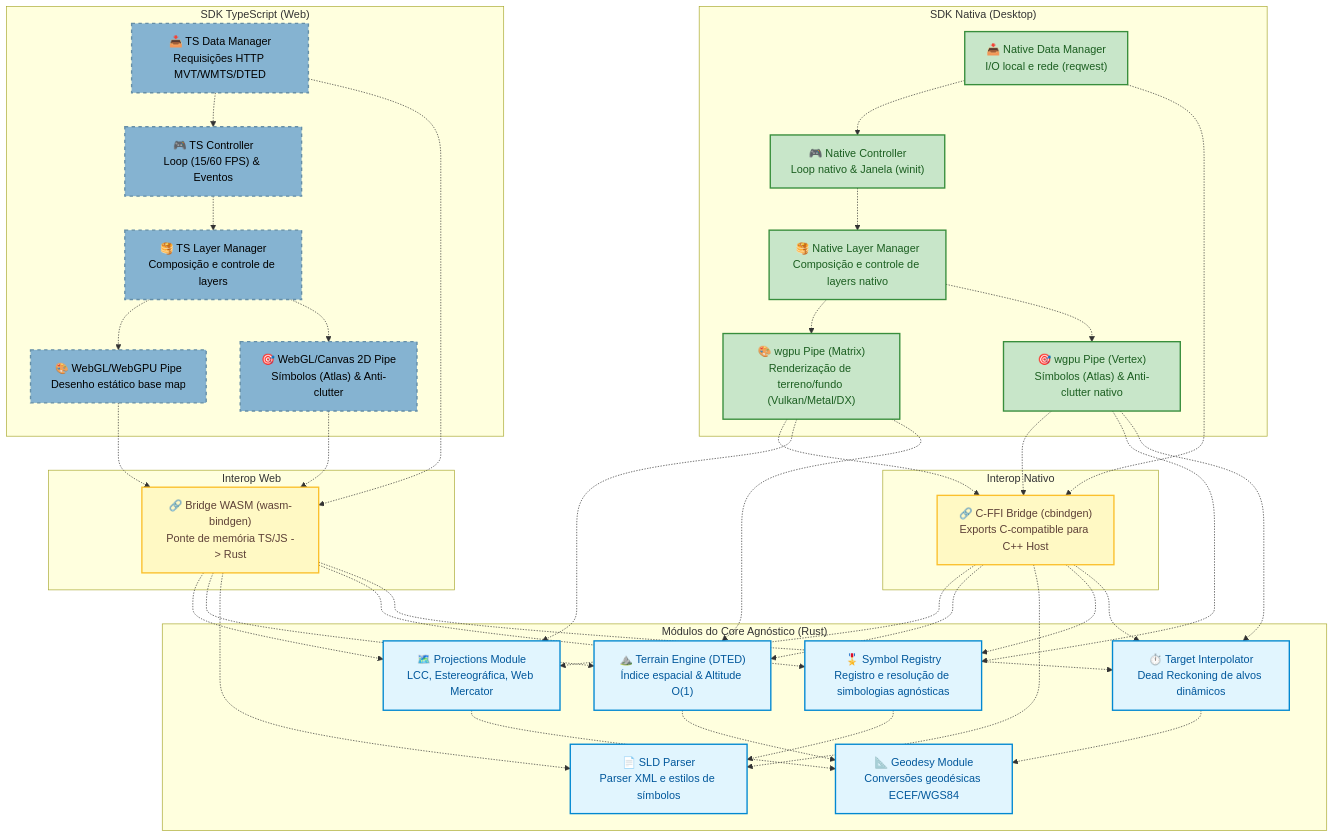
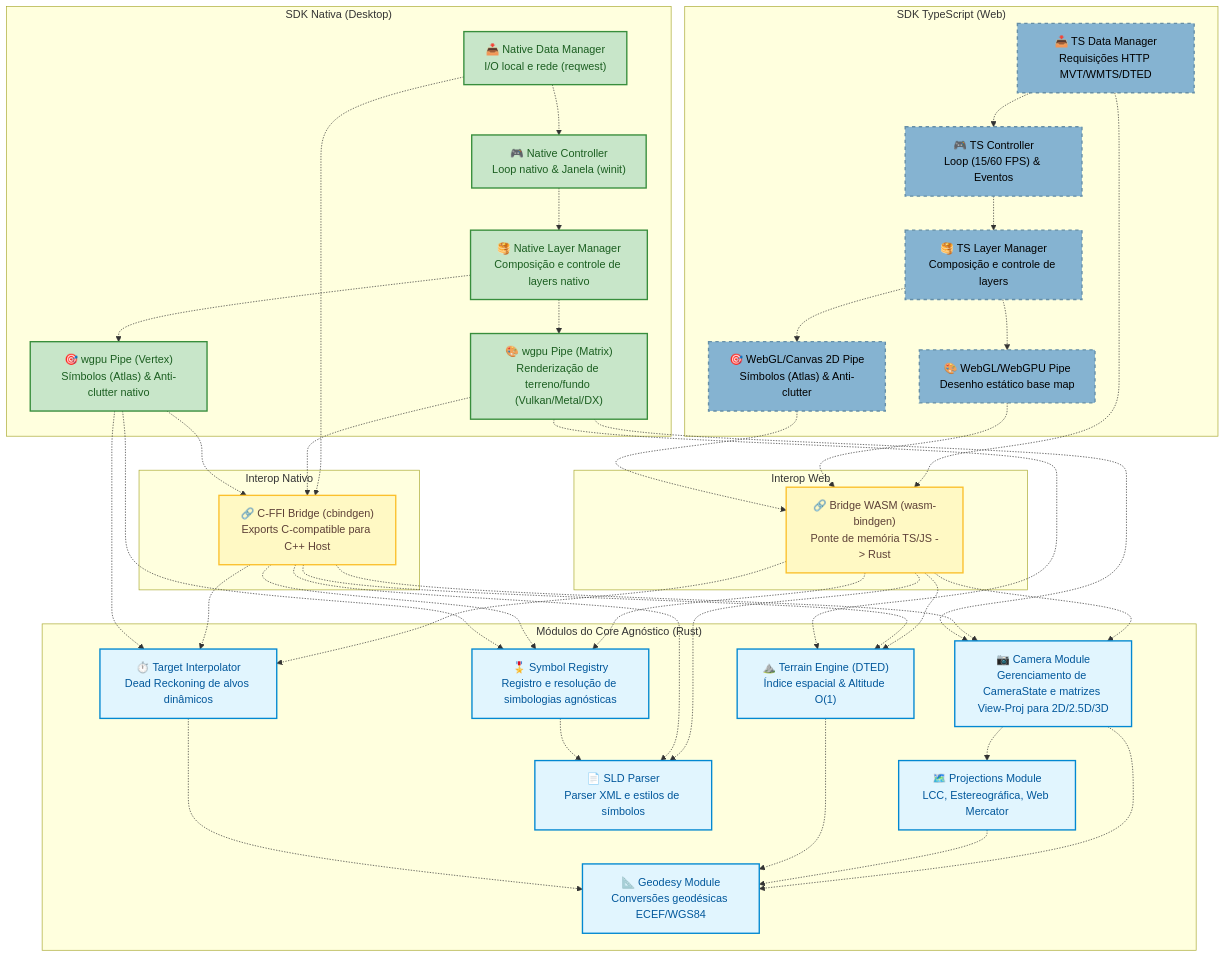
The third of 5 diagrams in docs/arch.md (rodoni/olayer), drawn with Mermaid before and after one commit. The commit also changed other lines of this file and 25 other files, not shown here.

Commit message:
Add core::camera and sdk::tl

````diff
--- a/docs/arch.md
+++ b/docs/arch.md
@@ -159,6 +159,7 @@
 
     subgraph Rust_Core_Comp ["Módulos do Core Agnóstico (Rust)"]
         geodesy["📐 Geodesy Module<br>Conversões geodésicas ECEF/WGS84"]:::coreComponent
+        camera["📷 Camera Module<br>Gerenciamento de CameraState e matrizes View-Proj para 2D/2.5D/3D"]:::coreComponent
         projections["🗺️ Projections Module<br>LCC, Estereográfica, Web Mercator"]:::coreComponent
         terrain["⛰️ Terrain Engine (DTED)<br>Índice espacial & Altitude O(1)"]:::coreComponent
         sld_parser["📄 SLD Parser<br>Parser XML e estilos de símbolos"]:::coreComponent
@@ -185,30 +186,32 @@
     native_cpu_pipe --> ffi_bridge
     
     %% Relações Internas da Bridge WASM para o Core
-    wasm_bridge --> projections
+    wasm_bridge --> camera
     wasm_bridge --> terrain
     wasm_bridge --> sld_parser
     wasm_bridge --> symbol_registry
     wasm_bridge --> interpolator
 
     %% Relações Internas da Bridge FFI para o Core
-    ffi_bridge --> projections
+    ffi_bridge --> camera
     ffi_bridge --> terrain
     ffi_bridge --> sld_parser
     ffi_bridge --> symbol_registry
     ffi_bridge --> interpolator
     
     %% Relações diretas Rust-to-Rust (SDK Nativa para o Core)
-    native_gpu_pipe --> projections
+    native_gpu_pipe --> camera
     native_gpu_pipe --> terrain
     native_cpu_pipe --> symbol_registry
     native_cpu_pipe --> interpolator
 
     %% Dependências internas do Rust Core
+    camera --> geodesy
+    camera --> projections
     projections --> geodesy
     terrain --> geodesy
     interpolator --> geodesy
     symbol_registry --> sld_parser
 
-    linkStyle 0,1,2,3,4,5,6,7,8,9,10,11,12,13,14,15,16,17,18,19,20,21,22,23,24,25,26,27,28,29,30,31 stroke:#333,stroke-dasharray: 2 2;
+    linkStyle 0,1,2,3,4,5,6,7,8,9,10,11,12,13,14,15,16,17,18,19,20,21,22,23,24,25,26,27,28,29,30,31,32,33 stroke:#333,stroke-dasharray: 2 2;
 ```
````
